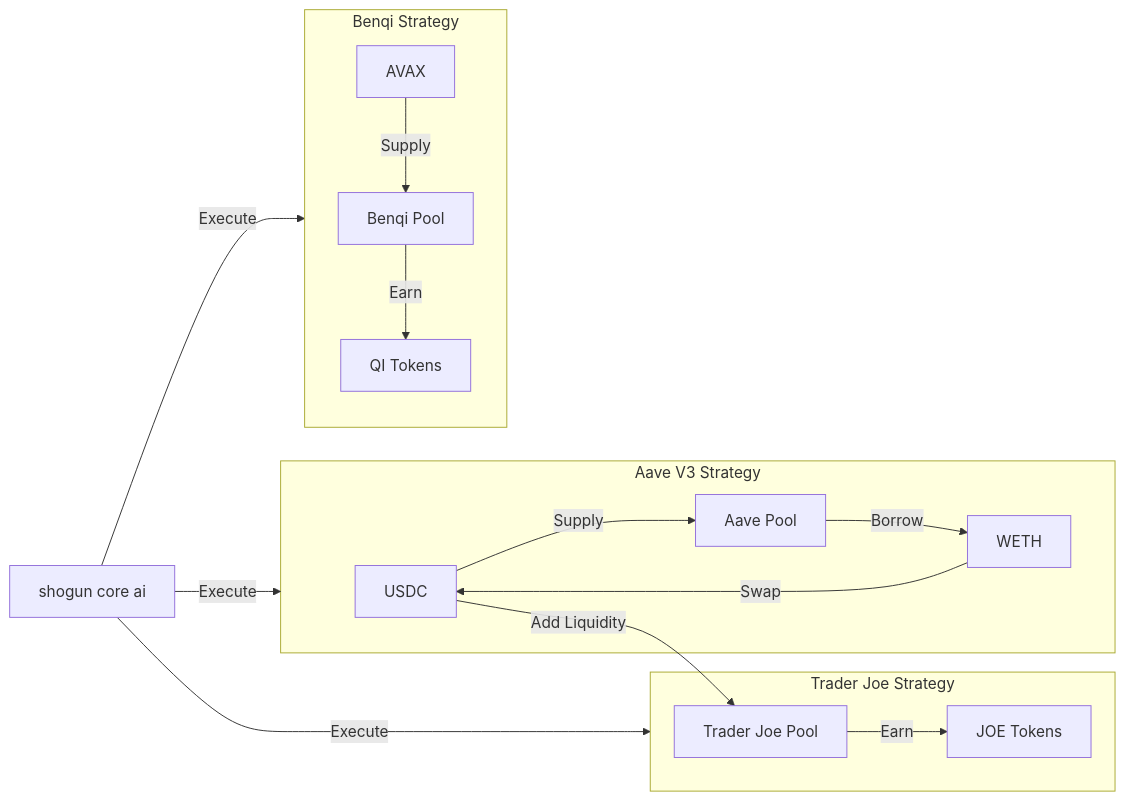
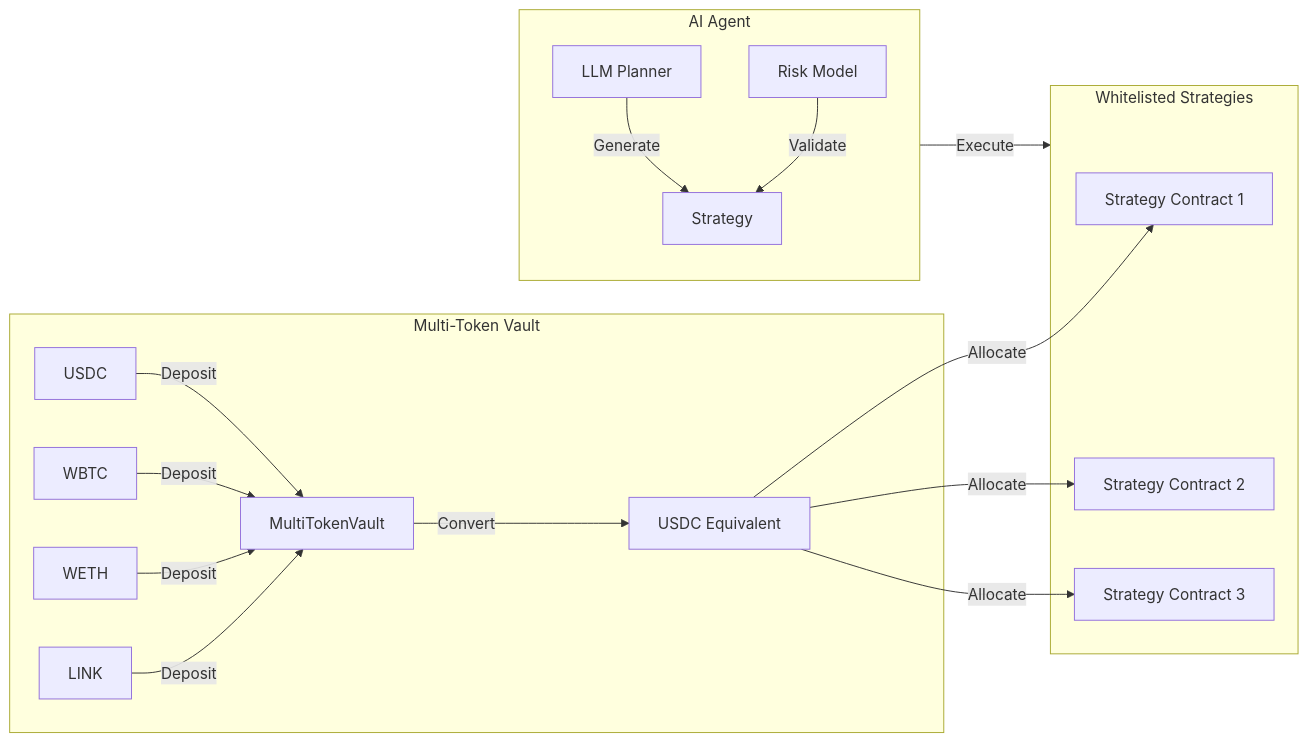
One commit to shogunprotocol/shogun-ai-core changed the second of 6 diagrams in docs/SHOGUN_CORE_AI_ARCHITECTURE.md. Above: the diagram before and after it, drawn with Mermaid. The commit also changed other lines of this file and 21 other files, not shown here.

````diff
--- a/docs/SHOGUN_CORE_AI_ARCHITECTURE.md
+++ b/docs/SHOGUN_CORE_AI_ARCHITECTURE.md
@@ -32,22 +38,31 @@
 ```mermaid
 graph LR
-    subgraph AaveV3["Aave V3 Strategy"]
-        USDC[USDC] --> |Supply| AAVE_POOL[Aave Pool]
-        AAVE_POOL --> |Borrow| WETH[WETH]
-        WETH --> |Swap| USDC
+    subgraph Vault["Multi-Token Vault"]
+        USDC[USDC] --> |Deposit| MTV[MultiTokenVault]
+        WBTC[WBTC] --> |Deposit| MTV
+        WETH[WETH] --> |Deposit| MTV
+        LINK[LINK] --> |Deposit| MTV
+        
+        MTV --> |Convert| USDC_EQ[USDC Equivalent]
     end
     
-    subgraph Benqi["Benqi Strategy"]
-        AVAX[AVAX] --> |Supply| BENQI_POOL[Benqi Pool]
-        BENQI_POOL --> |Earn| QI[QI Tokens]
+    subgraph Strategies["Whitelisted Strategies"]
+        STRAT1[Strategy Contract 1]
+        STRAT2[Strategy Contract 2]
+        STRAT3[Strategy Contract 3]
+        
+        USDC_EQ --> |Allocate| STRAT1
+        USDC_EQ --> |Allocate| STRAT2
+        USDC_EQ --> |Allocate| STRAT3
     end
     
-    subgraph TraderJoe["Trader Joe Strategy"]
-        USDC --> |Add Liquidity| TJ_POOL[Trader Joe Pool]
-        TJ_POOL --> |Earn| JOE[JOE Tokens]
+    subgraph AI["AI Agent"]
+        LLM[LLM Planner]
+        Risk[Risk Model]
+        
+        LLM --> |Generate| Strategy
+        Risk --> |Validate| Strategy
     end
     
-    ShogunCoreAI[shogun core ai] --> |Execute| AaveV3
-    ShogunCoreAI --> |Execute| Benqi
-    ShogunCoreAI --> |Execute| TraderJoe
+    AI --> |Execute| Strategies
 ```
````
